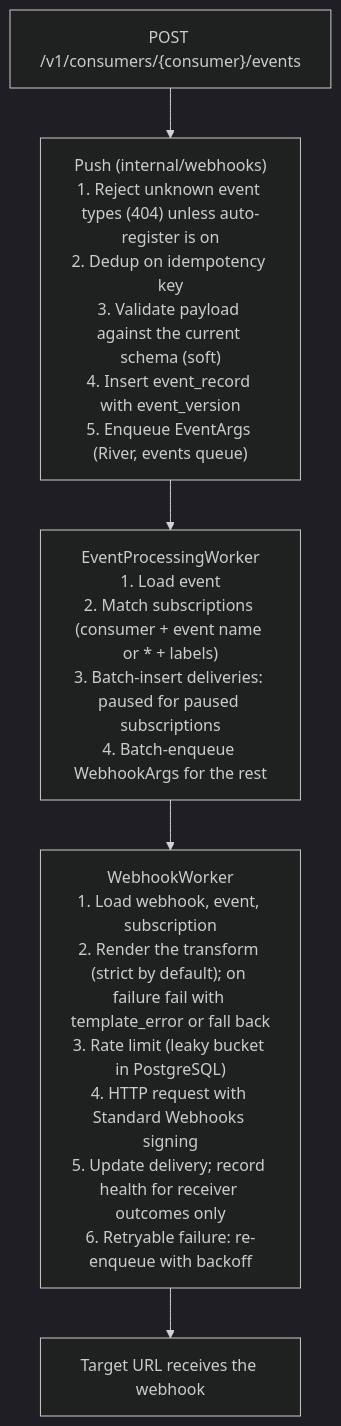
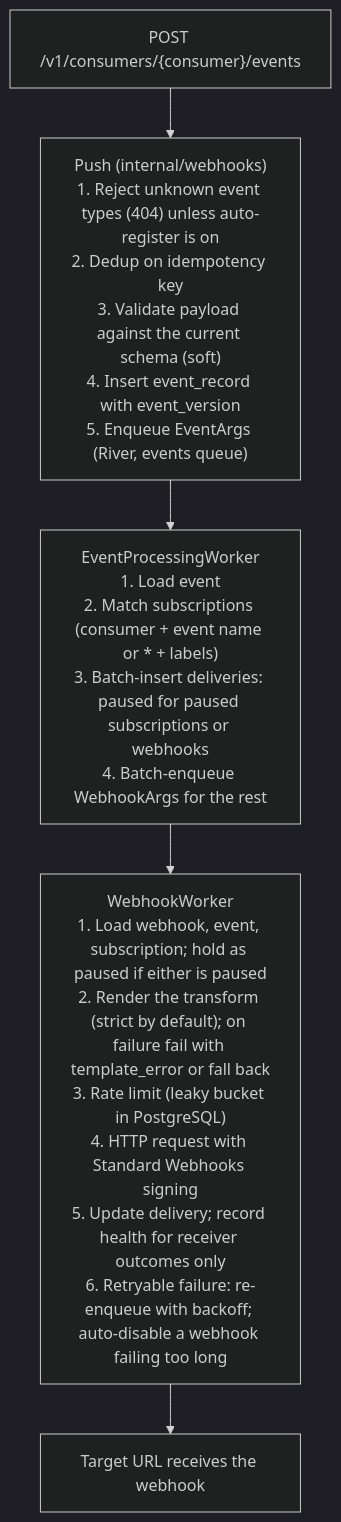
One commit to sarathsp06/sparrow changed the diagram in docs/src/assets/diagrams/event-processing-pipeline.mmd. Above: the diagram before and after it, drawn with Mermaid (dark theme). The commit also changed 69 other files, not shown here.

```diff
--- a/docs/src/assets/diagrams/event-processing-pipeline.mmd
+++ b/docs/src/assets/diagrams/event-processing-pipeline.mmd
@@ -1,5 +1,5 @@
 flowchart TD
     IN["POST /v1/consumers/{consumer}/events"] --> H
     H["Push (internal/webhooks)<br>1. Reject unknown event types (404) unless auto-register is on<br>2. Dedup on idempotency key<br>3. Validate payload against the current schema (soft)<br>4. Insert event_record with event_version<br>5. Enqueue EventArgs (River, events queue)"] --> EW
-    EW["EventProcessingWorker<br>1. Load event<br>2. Match subscriptions (consumer + event name or * + labels)<br>3. Batch-insert deliveries: paused for paused subscriptions<br>4. Batch-enqueue WebhookArgs for the rest"] --> WW
-    WW["WebhookWorker<br>1. Load webhook, event, subscription<br>2. Render the transform (strict by default); on failure fail with template_error or fall back<br>3. Rate limit (leaky bucket in PostgreSQL)<br>4. HTTP request with Standard Webhooks signing<br>5. Update delivery; record health for receiver outcomes only<br>6. Retryable failure: re-enqueue with backoff"] --> T[Target URL receives the webhook]
+    EW["EventProcessingWorker<br>1. Load event<br>2. Match subscriptions (consumer + event name or * + labels)<br>3. Batch-insert deliveries: paused for paused subscriptions or webhooks<br>4. Batch-enqueue WebhookArgs for the rest"] --> WW
+    WW["WebhookWorker<br>1. Load webhook, event, subscription; hold as paused if either is paused<br>2. Render the transform (strict by default); on failure fail with template_error or fall back<br>3. Rate limit (leaky bucket in PostgreSQL)<br>4. HTTP request with Standard Webhooks signing<br>5. Update delivery; record health for receiver outcomes only<br>6. Retryable failure: re-enqueue with backoff; auto-disable a webhook failing too long"] --> T[Target URL receives the webhook]
```
